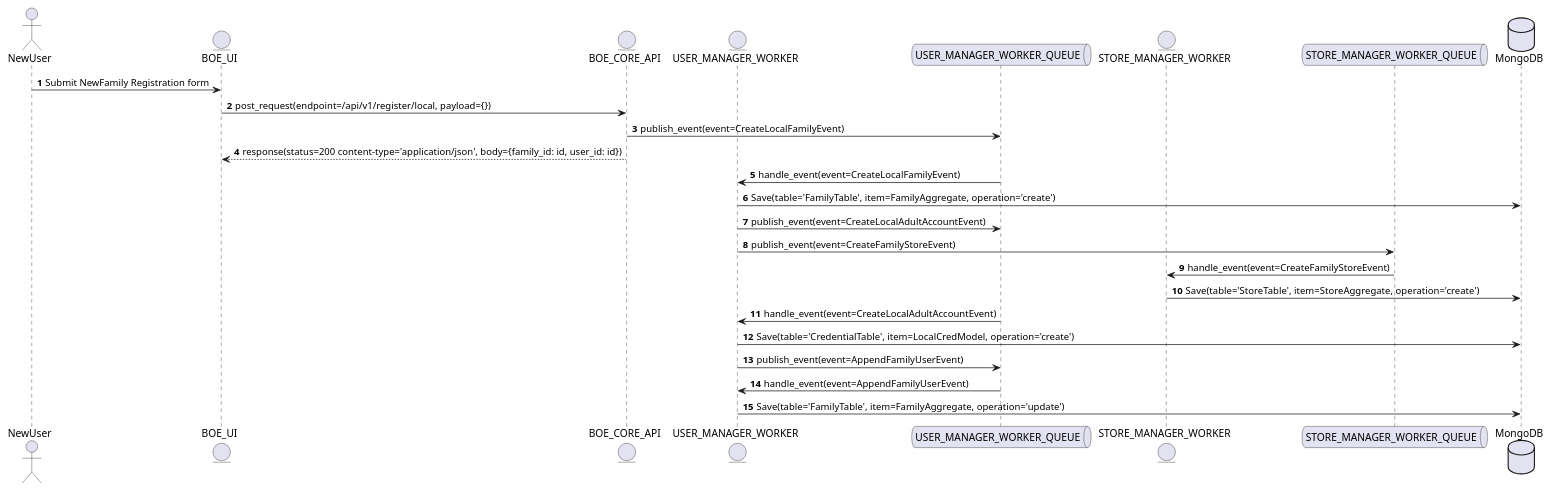
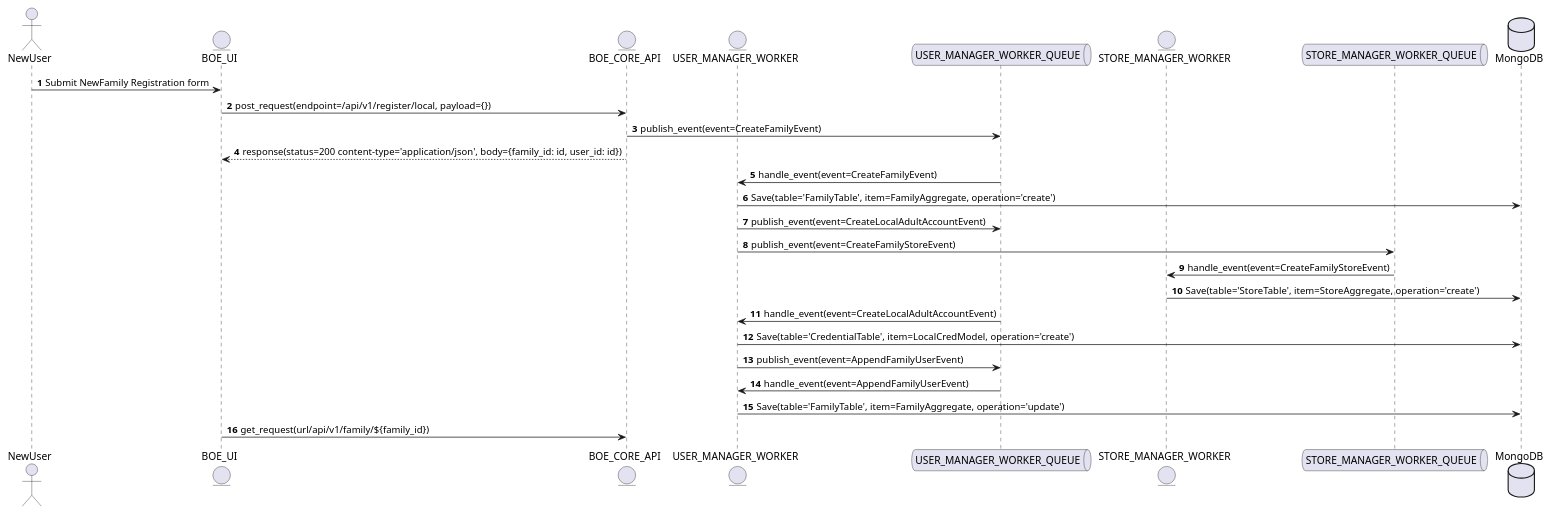
Before and after one commit to byt3-m3/bank_of_excellence: the diagram in docs/local_registration_process.puml, drawn with PlantUML. The commit also changed 1 other file, not shown here.

```diff
--- a/docs/local_registration_process.puml
+++ b/docs/local_registration_process.puml
@@ -1,33 +1,33 @@
 @startuml
 autonumber
 actor NewUser
 entity BOE_UI
 entity BOE_CORE_API
 entity USER_MANAGER_WORKER
 queue USER_MANAGER_WORKER_QUEUE
 entity STORE_MANAGER_WORKER
 queue STORE_MANAGER_WORKER_QUEUE
 
 database MongoDB
 
 
 NewUser -> BOE_UI : Submit NewFamily Registration form
 BOE_UI -> BOE_CORE_API: post_request(endpoint=/api/v1/register/local, payload={})
-BOE_CORE_API -> USER_MANAGER_WORKER_QUEUE : publish_event(event=CreateLocalFamilyEvent)
+BOE_CORE_API -> USER_MANAGER_WORKER_QUEUE : publish_event(event=CreateFamilyEvent)
 BOE_CORE_API --> BOE_UI: response(status=200 content-type='application/json', body={family_id: id, user_id: id})
-USER_MANAGER_WORKER_QUEUE -> USER_MANAGER_WORKER: handle_event(event=CreateLocalFamilyEvent)
+USER_MANAGER_WORKER_QUEUE -> USER_MANAGER_WORKER: handle_event(event=CreateFamilyEvent)
 USER_MANAGER_WORKER -> MongoDB : Save(table='FamilyTable', item=FamilyAggregate, operation='create')
 USER_MANAGER_WORKER -> USER_MANAGER_WORKER_QUEUE: publish_event(event=CreateLocalAdultAccountEvent)
 USER_MANAGER_WORKER -> STORE_MANAGER_WORKER_QUEUE: publish_event(event=CreateFamilyStoreEvent)
 STORE_MANAGER_WORKER_QUEUE -> STORE_MANAGER_WORKER: handle_event(event=CreateFamilyStoreEvent)
 STORE_MANAGER_WORKER -> MongoDB : Save(table='StoreTable', item=StoreAggregate, operation='create')
 USER_MANAGER_WORKER_QUEUE -> USER_MANAGER_WORKER: handle_event(event=CreateLocalAdultAccountEvent)
 
 
 USER_MANAGER_WORKER -> MongoDB : Save(table='CredentialTable', item=LocalCredModel, operation='create')
 USER_MANAGER_WORKER -> USER_MANAGER_WORKER_QUEUE: publish_event(event=AppendFamilyUserEvent)
 USER_MANAGER_WORKER_QUEUE -> USER_MANAGER_WORKER: handle_event(event=AppendFamilyUserEvent)
 USER_MANAGER_WORKER -> MongoDB : Save(table='FamilyTable', item=FamilyAggregate, operation='update')
-
+BOE_UI -> BOE_CORE_API: get_request(url/api/v1/family/${family_id})
 
 @enduml
```
